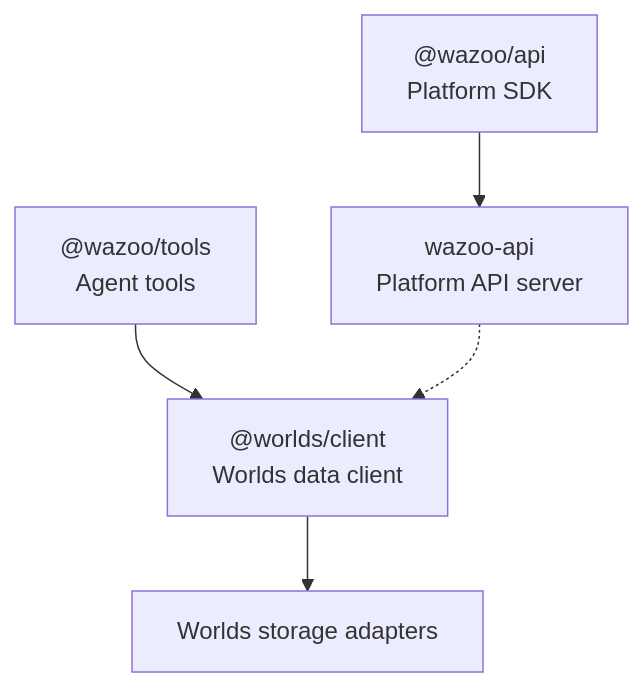
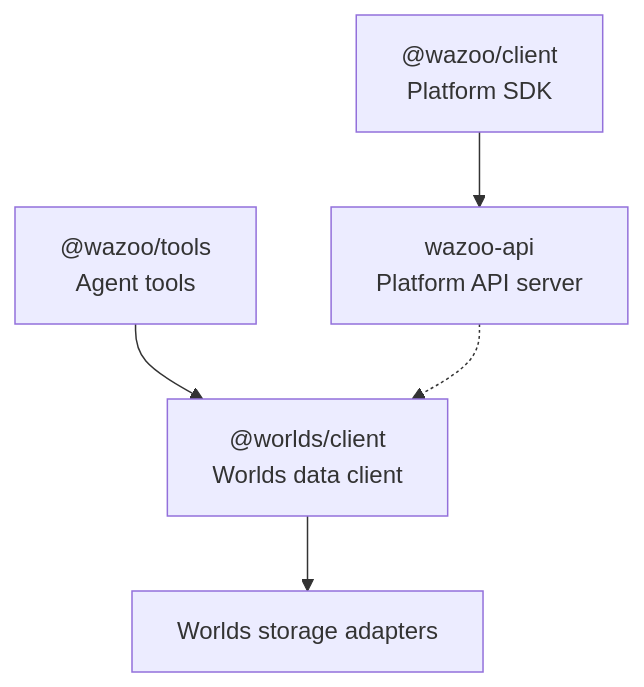
The sixth of 6 diagrams in contribute/architecture.mdx (wazootech/docs.wazoo.dev), drawn with Mermaid before and after one commit. The commit also changed other lines of this file and 27 other files, not shown here.

````diff
--- a/contribute/architecture.mdx
+++ b/contribute/architecture.mdx
@@ -331,13 +332,13 @@
 ```mermaid
 graph TD
     PLATFORM_SERVER["wazoo-api<br/>Platform API server"]
-    PLATFORM_SDK["@wazoo/api<br/>Platform SDK"]
+    PLATFORM_SDK["@wazoo/client<br/>Platform SDK"]
     WORLDS_CLIENT["@worlds/client<br/>Worlds data client"]
     WORLDS_TOOLS["@wazoo/tools<br/>Agent tools"]
     WORLDS_ADAPTERS["Worlds storage adapters"]
 
     PLATFORM_SDK --> PLATFORM_SERVER
     WORLDS_TOOLS --> WORLDS_CLIENT
     WORLDS_CLIENT --> WORLDS_ADAPTERS
     PLATFORM_SERVER -.-> WORLDS_CLIENT
 ```
````
